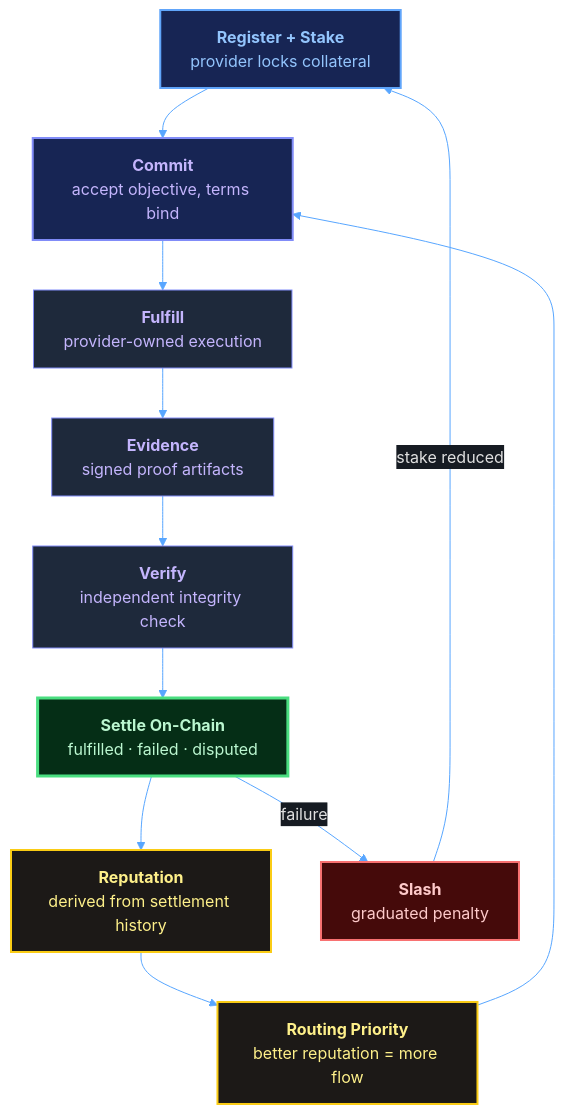
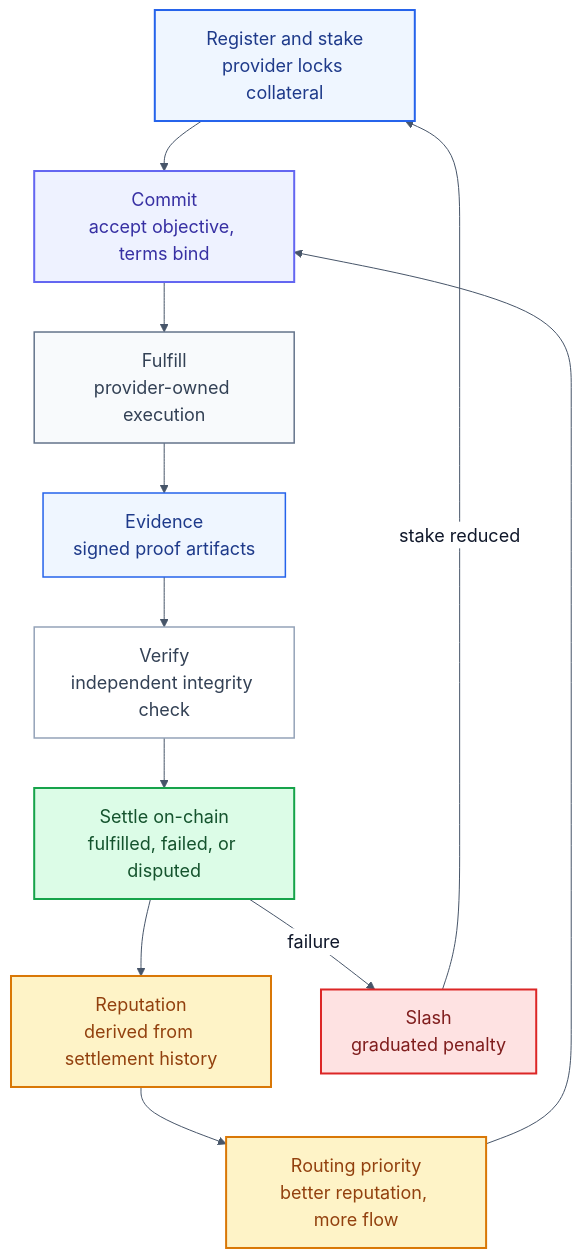
One commit to csehammad/covenant-layer changed the diagram in docs/img/economics-loop.mmd. Above: the diagram before and after it, drawn with Mermaid. The commit also changed 9 other files, not shown here.

Commit message:
updated diagrams

```diff
--- a/docs/img/economics-loop.mmd
+++ b/docs/img/economics-loop.mmd
@@ -1,24 +1,24 @@
-%%{init: {'theme': 'base', 'themeVariables': { 'primaryColor': '#1a1a2e', 'primaryTextColor': '#e0e0e0', 'lineColor': '#58a6ff', 'background': '#0d1117', 'mainBkg': '#161b22', 'nodeBorder': '#30363d', 'edgeLabelBackground': '#161b22'}}}%%
+%%{init: {'theme': 'base', 'themeVariables': { 'background': '#ffffff', 'mainBkg': '#ffffff', 'primaryColor': '#eff6ff', 'primaryTextColor': '#0f172a', 'primaryBorderColor': '#2563eb', 'lineColor': '#475569', 'secondaryColor': '#f8fafc', 'tertiaryColor': '#eef2ff', 'clusterBkg': '#f8fafc', 'titleColor': '#0f172a', 'edgeLabelBackground': '#ffffff', 'fontSize': '18px', 'fontFamily': 'Inter, Arial, sans-serif' }}}%%
 
 flowchart TB
-    REG["<b>Register + Stake</b><br/>provider locks collateral"] --> COM["<b>Commit</b><br/>accept objective, terms bind"]
-    COM --> FUL["<b>Fulfill</b><br/>provider-owned execution"]
-    FUL --> EV["<b>Evidence</b><br/>signed proof artifacts"]
-    EV --> VER["<b>Verify</b><br/>independent integrity check"]
-    VER --> SET["<b>Settle On-Chain</b><br/>fulfilled · failed · disputed"]
-    SET --> REP["<b>Reputation</b><br/>derived from settlement history"]
-    REP --> ROUTE["<b>Routing Priority</b><br/>better reputation = more flow"]
+    REG["Register and stake<br/>provider locks collateral"] --> COM["Commit<br/>accept objective, terms bind"]
+    COM --> FUL["Fulfill<br/>provider-owned execution"]
+    FUL --> EV["Evidence<br/>signed proof artifacts"]
+    EV --> VER["Verify<br/>independent integrity check"]
+    VER --> SET["Settle on-chain<br/>fulfilled, failed, or disputed"]
+    SET --> REP["Reputation<br/>derived from settlement history"]
+    REP --> ROUTE["Routing priority<br/>better reputation, more flow"]
     ROUTE --> COM
 
-    SET -->|"failure"| SLASH["<b>Slash</b><br/>graduated penalty"]
+    SET -->|"failure"| SLASH["Slash<br/>graduated penalty"]
     SLASH -->|"stake reduced"| REG
 
-    style REG fill:#172554,stroke:#60a5fa,color:#93c5fd,stroke-width:2px
-    style COM fill:#172554,stroke:#818cf8,color:#c4b5fd,stroke-width:2px
-    style FUL fill:#1e293b,stroke:#818cf8,color:#c4b5fd,stroke-width:1px
-    style EV fill:#1e293b,stroke:#818cf8,color:#c4b5fd,stroke-width:1px
-    style VER fill:#1e293b,stroke:#818cf8,color:#c4b5fd,stroke-width:1px
-    style SET fill:#052e16,stroke:#4ade80,color:#bbf7d0,stroke-width:3px
-    style REP fill:#1c1917,stroke:#facc15,color:#fef08a,stroke-width:2px
-    style ROUTE fill:#1c1917,stroke:#facc15,color:#fef08a,stroke-width:2px
-    style SLASH fill:#450a0a,stroke:#f87171,color:#fecaca,stroke-width:2px
+    style REG fill:#eff6ff,stroke:#2563eb,color:#1e3a8a,stroke-width:2px
+    style COM fill:#eef2ff,stroke:#6366f1,color:#3730a3,stroke-width:2px
+    style FUL fill:#f8fafc,stroke:#64748b,color:#334155,stroke-width:1.5px
+    style EV fill:#eff6ff,stroke:#2563eb,color:#1e3a8a,stroke-width:1.5px
+    style VER fill:#ffffff,stroke:#94a3b8,color:#334155,stroke-width:1.5px
+    style SET fill:#dcfce7,stroke:#16a34a,color:#14532d,stroke-width:2px
+    style REP fill:#fef3c7,stroke:#d97706,color:#92400e,stroke-width:2px
+    style ROUTE fill:#fef3c7,stroke:#d97706,color:#92400e,stroke-width:2px
+    style SLASH fill:#fee2e2,stroke:#dc2626,color:#7f1d1d,stroke-width:2px
```
